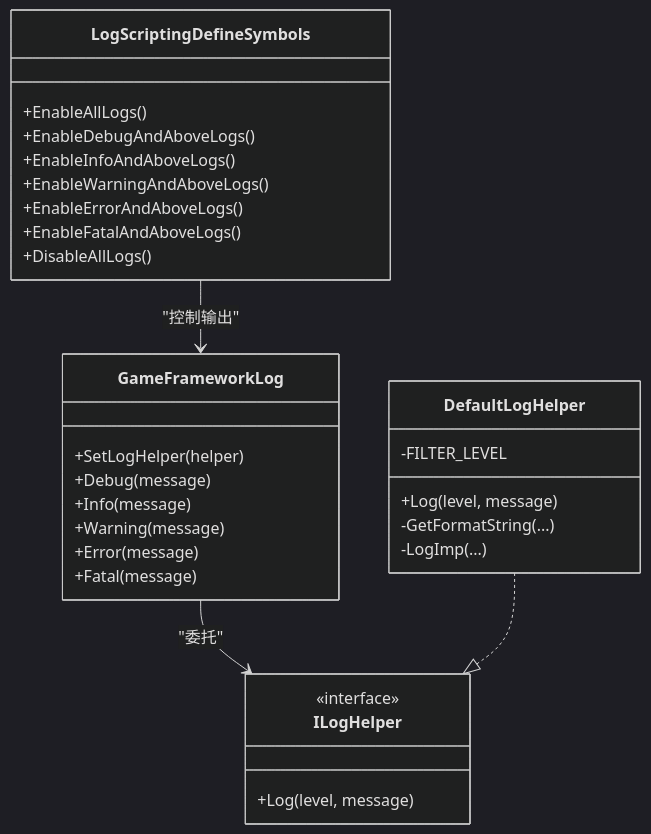
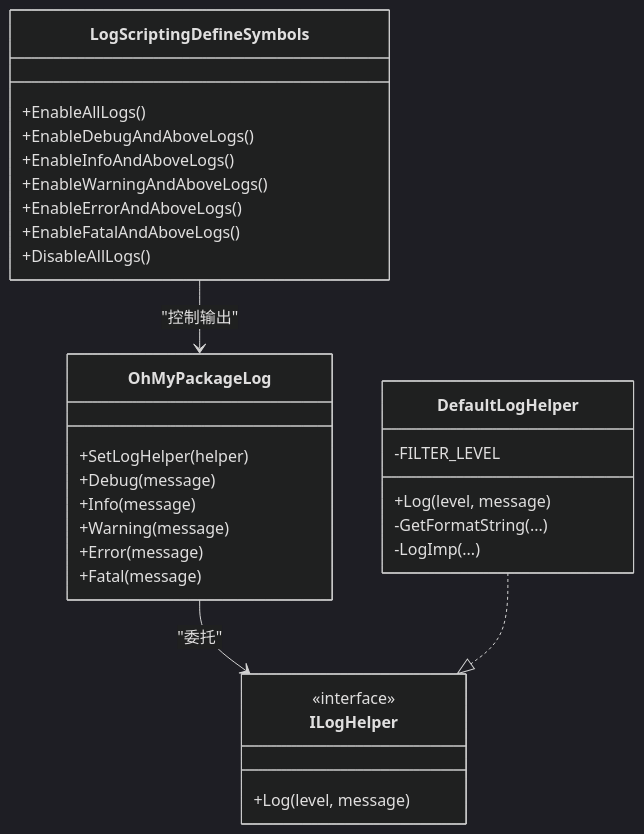
One commit to OxygenIsland/MyGame changed the third of 7 diagrams in repowiki/zh/content/开发者指南/故障排除指南/调试技巧指南.md. Above: the diagram before and after it, drawn with Mermaid (dark theme). The commit also changed other lines of this file and 34 other files, not shown here.

````diff
--- a/repowiki/zh/content/开发者指南/故障排除指南/调试技巧指南.md
+++ b/repowiki/zh/content/开发者指南/故障排除指南/调试技巧指南.md
@@ -181,33 +181,33 @@
 ```mermaid
 classDiagram
-class GameFrameworkLog {
+class OhMyPackageLog {
 +SetLogHelper(helper)
 +Debug(message)
 +Info(message)
 +Warning(message)
 +Error(message)
 +Fatal(message)
 }
 class ILogHelper {
 <<interface>>
 +Log(level, message)
 }
 class DefaultLogHelper {
 -FILTER_LEVEL
 +Log(level, message)
 -GetFormatString(...)
 -LogImp(...)
 }
 class LogScriptingDefineSymbols {
 +EnableAllLogs()
 +EnableDebugAndAboveLogs()
 +EnableInfoAndAboveLogs()
 +EnableWarningAndAboveLogs()
 +EnableErrorAndAboveLogs()
 +EnableFatalAndAboveLogs()
 +DisableAllLogs()
 }
-GameFrameworkLog --> ILogHelper : "委托"
+OhMyPackageLog --> ILogHelper : "委托"
 DefaultLogHelper ..|> ILogHelper
-LogScriptingDefineSymbols --> GameFrameworkLog : "控制输出"
+LogScriptingDefineSymbols --> OhMyPackageLog : "控制输出"
 ```
````
